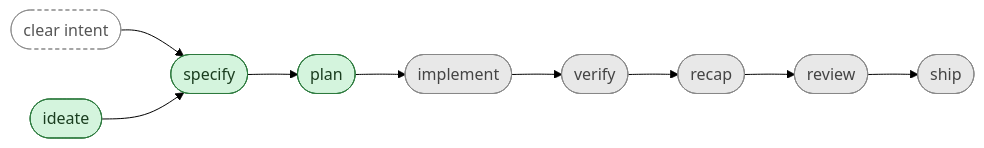
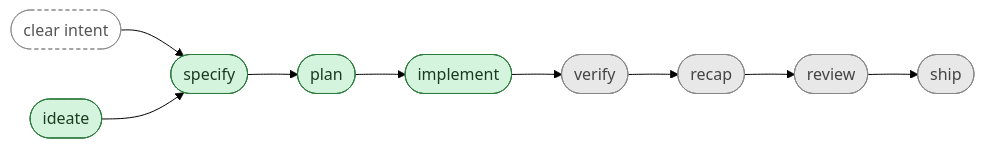
Before and after one commit to specscore/specstudio-skills: the diagram in spec/features/skills/README.md, drawn with Mermaid (forest theme). The commit also changed 4 other files, not shown here.

````diff
--- a/spec/features/skills/README.md
+++ b/spec/features/skills/README.md
@@ -81,11 +81,11 @@
 ```mermaid
 flowchart LR
     intent([clear intent]):::input
     intent --> specify
-    ideate([ideate]):::shipped --> specify([specify]):::shipped --> plan([plan]):::shipped --> implement([implement]):::roadmap --> verify([verify]):::roadmap --> recap([recap]):::roadmap --> review([review]):::roadmap --> ship([ship]):::roadmap
+    ideate([ideate]):::shipped --> specify([specify]):::shipped --> plan([plan]):::shipped --> implement([implement]):::shipped --> verify([verify]):::roadmap --> recap([recap]):::roadmap --> review([review]):::roadmap --> ship([ship]):::roadmap
 
     classDef shipped fill:#d4f4dd,stroke:#2d7a3e,color:#1a3d1f
     classDef defined fill:#fff4cc,stroke:#a07a00,color:#3d3000
     classDef roadmap fill:#e8e8e8,stroke:#888,color:#444
     classDef input fill:none,stroke:#888,stroke-dasharray:4 3,color:#555
 ```
````
